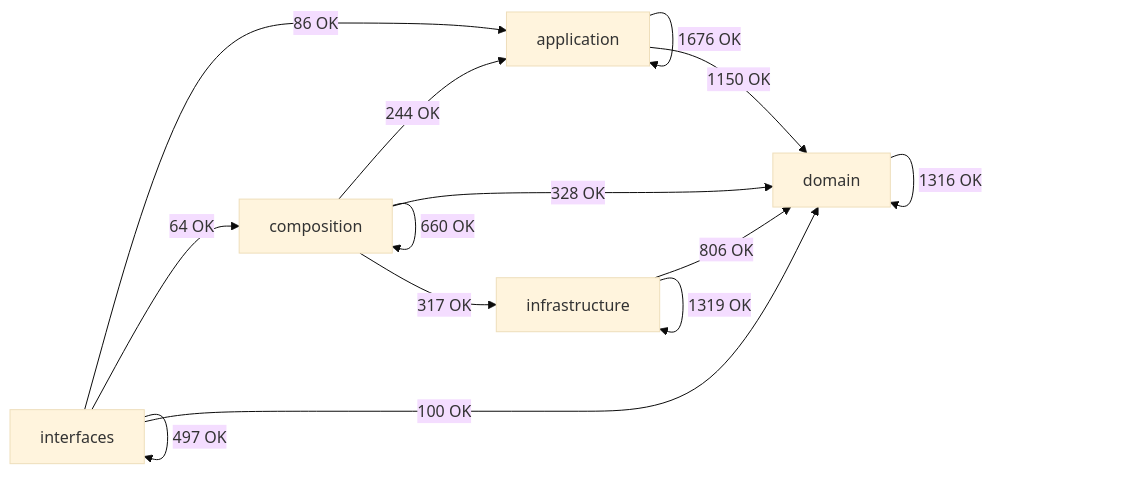
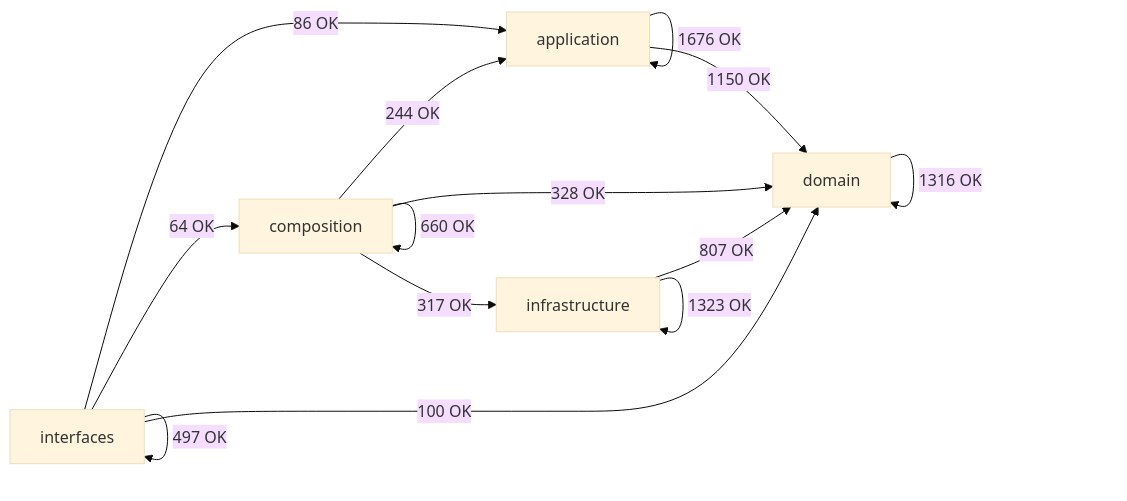
The diagram in docs/02-architecture/generated/module-dependency-map.md (SatoryKono/BioactivityDataAcquisition), drawn with Mermaid (base theme) before and after one commit. The commit also changed other lines of this file and 25 other files, not shown here.

````diff
--- a/docs/02-architecture/generated/module-dependency-map.md
+++ b/docs/02-architecture/generated/module-dependency-map.md
@@ -17,21 +17,21 @@
 ```mermaid
 flowchart LR
     domain[domain]
     application[application]
     infrastructure[infrastructure]
     composition[composition]
     interfaces[interfaces]
     application -->|1676 OK| application
     application -->|1150 OK| domain
     composition -->|244 OK| application
     composition -->|660 OK| composition
     composition -->|328 OK| domain
     composition -->|317 OK| infrastructure
     domain -->|1316 OK| domain
-    infrastructure -->|806 OK| domain
-    infrastructure -->|1319 OK| infrastructure
+    infrastructure -->|807 OK| domain
+    infrastructure -->|1323 OK| infrastructure
     interfaces -->|86 OK| application
     interfaces -->|64 OK| composition
     interfaces -->|100 OK| domain
     interfaces -->|497 OK| interfaces
 ```
````
